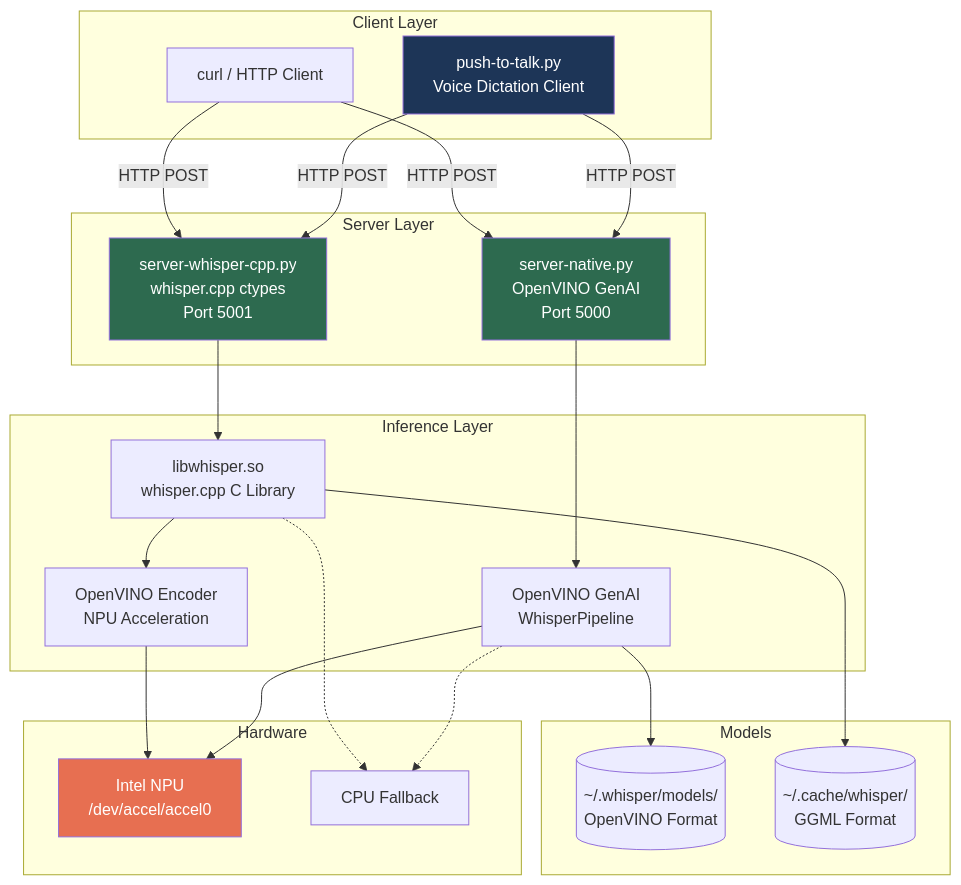
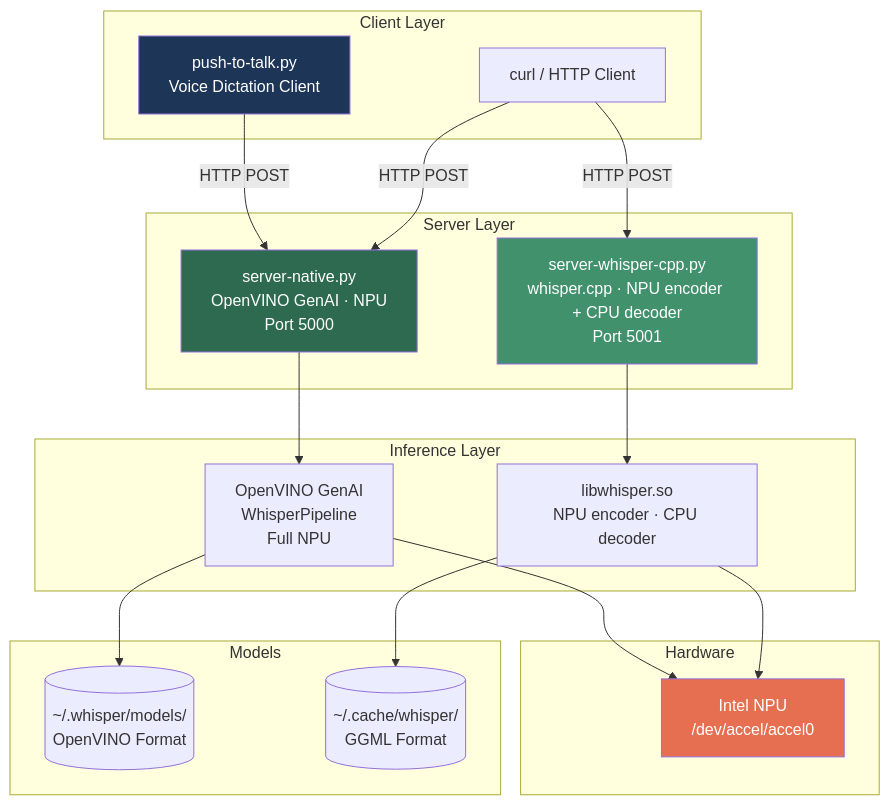
Before and after one commit to dmzoneill/whisper-npu-wayland: the first of 5 diagrams in README.md, drawn with Mermaid. The commit also changed other lines of this file and 1 other file, not shown here.

First line of the commit message:
Update documentation and default to NPU-only openvino backend

````diff
--- a/README.md
+++ b/README.md
@@ -57,50 +57,44 @@
 ```mermaid
 graph TB
     subgraph Client Layer
         PTT[push-to-talk.py<br/>Voice Dictation Client]
         CURL[curl / HTTP Client]
     end
 
     subgraph Server Layer
-        SN[server-native.py<br/>OpenVINO GenAI<br/>Port 5000]
-        SC[server-whisper-cpp.py<br/>whisper.cpp ctypes<br/>Port 5001]
+        SN[server-native.py<br/>OpenVINO GenAI · NPU<br/>Port 5000]
+        SC[server-whisper-cpp.py<br/>whisper.cpp · NPU encoder + CPU decoder<br/>Port 5001]
     end
 
     subgraph Inference Layer
-        OV[OpenVINO GenAI<br/>WhisperPipeline]
-        WC[libwhisper.so<br/>whisper.cpp C Library]
-        OVE[OpenVINO Encoder<br/>NPU Acceleration]
+        OV[OpenVINO GenAI<br/>WhisperPipeline<br/>Full NPU]
+        WC[libwhisper.so<br/>NPU encoder · CPU decoder]
     end
 
     subgraph Hardware
         NPU[Intel NPU<br/>/dev/accel/accel0]
-        CPU[CPU Fallback]
     end
 
     subgraph Models
         OVM[(~/.whisper/models/<br/>OpenVINO Format)]
         GGML[(~/.cache/whisper/<br/>GGML Format)]
     end
 
     PTT -->|HTTP POST| SN
-    PTT -->|HTTP POST| SC
     CURL -->|HTTP POST| SN
     CURL -->|HTTP POST| SC
 
     SN --> OV
     SC --> WC
-    WC --> OVE
 
     OV --> NPU
-    OVE --> NPU
-    OV -.-> CPU
-    WC -.-> CPU
+    WC --> NPU
 
     OV --> OVM
     WC --> GGML
 
     style SN fill:#2d6a4f,color:#fff
-    style SC fill:#2d6a4f,color:#fff
+    style SC fill:#40916c,color:#fff
     style PTT fill:#1d3557,color:#fff
     style NPU fill:#e76f51,color:#fff
 ```
````
